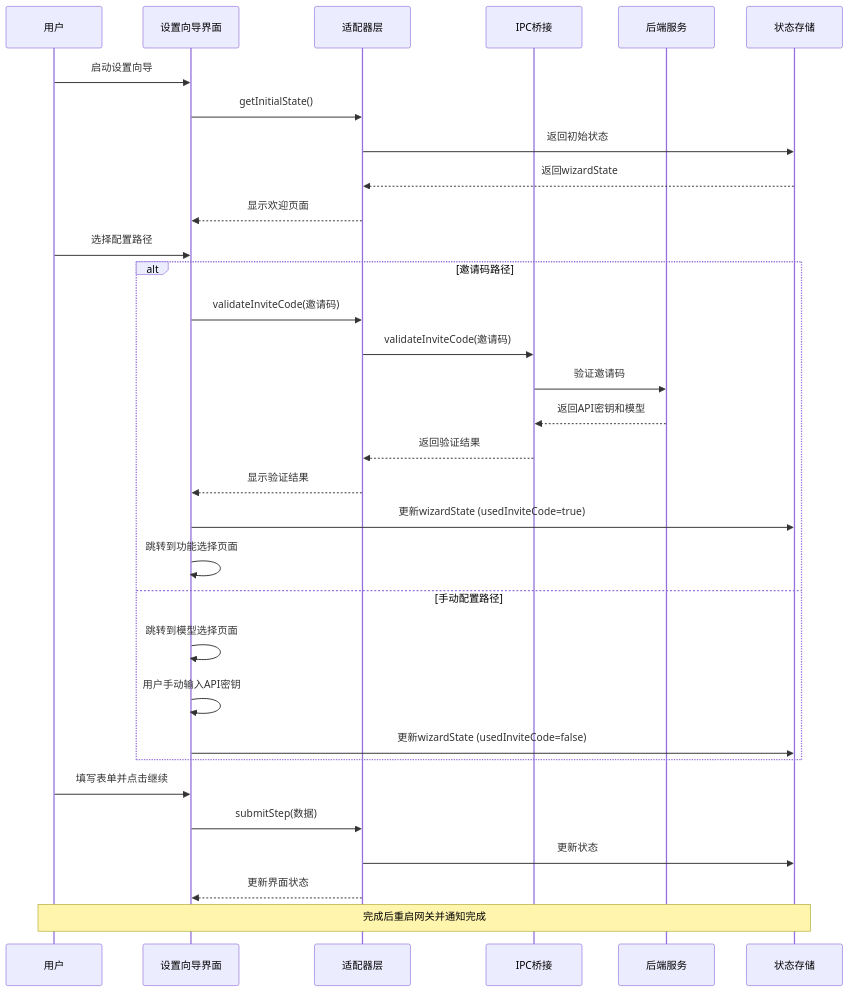
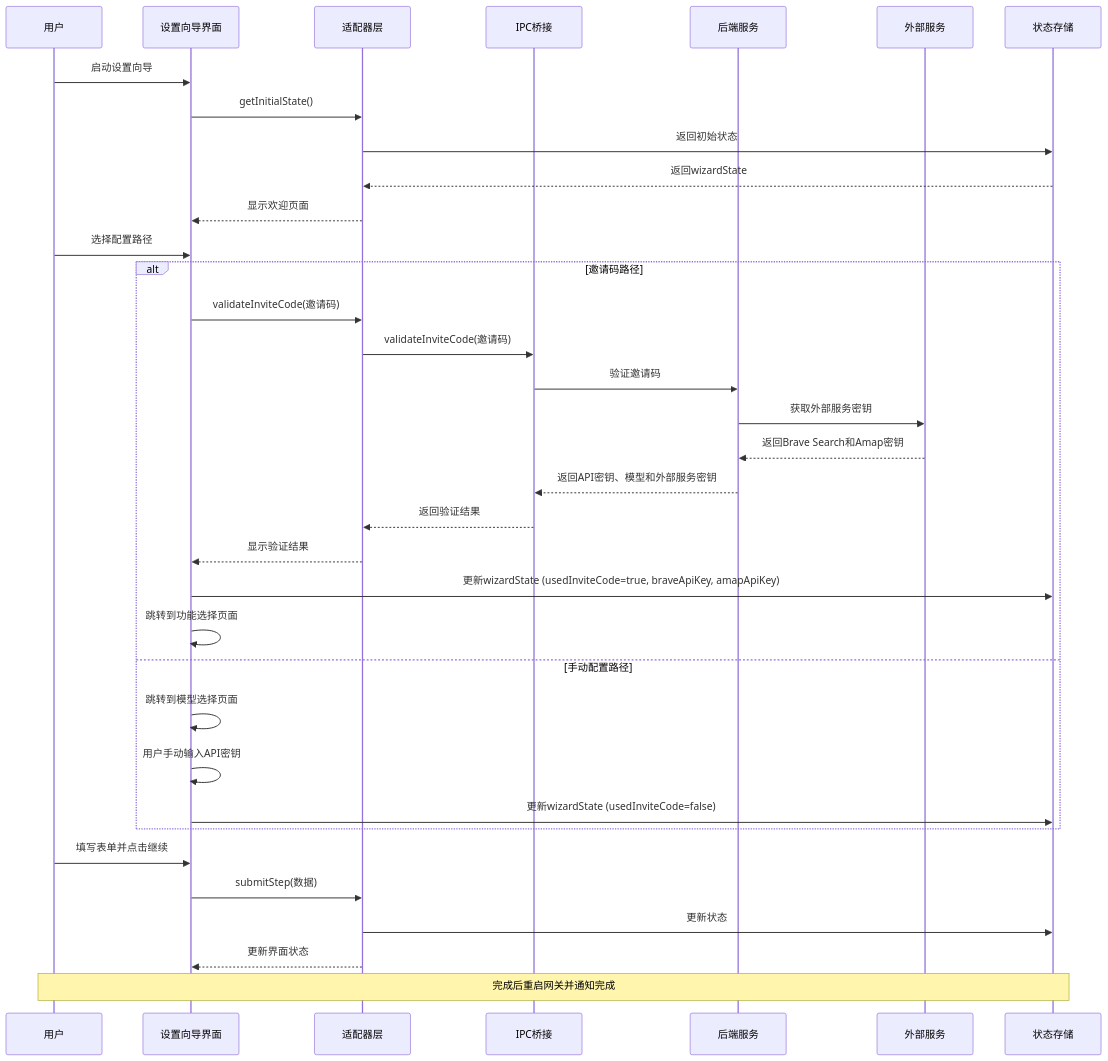
The third of 15 diagrams in .qoder/repowiki/zh/content/开发者指南/设置向导系统.md (verse-ai-org/openclaw), drawn with Mermaid before and after one commit. The commit also changed other lines of this file and 7 other files, not shown here.

````diff
--- a/.qoder/repowiki/zh/content/开发者指南/设置向导系统.md
+++ b/.qoder/repowiki/zh/content/开发者指南/设置向导系统.md
@@ -256,34 +289,37 @@
 ```mermaid
 sequenceDiagram
 participant User as 用户
 participant UI as 设置向导界面
 participant Adapter as 适配器层
 participant IPC as IPC桥接
 participant Backend as 后端服务
+participant ExternalServices as 外部服务
 participant Store as 状态存储
 User->>UI : 启动设置向导
 UI->>Adapter : getInitialState()
 Adapter->>Store : 返回初始状态
 Store-->>Adapter : 返回wizardState
 Adapter-->>UI : 显示欢迎页面
 User->>UI : 选择配置路径
 alt 邀请码路径
 UI->>Adapter : validateInviteCode(邀请码)
 Adapter->>IPC : validateInviteCode(邀请码)
 IPC->>Backend : 验证邀请码
-Backend-->>IPC : 返回API密钥和模型
+Backend->>ExternalServices : 获取外部服务密钥
+ExternalServices-->>Backend : 返回Brave Search和Amap密钥
+Backend-->>IPC : 返回API密钥、模型和外部服务密钥
 IPC-->>Adapter : 返回验证结果
 Adapter-->>UI : 显示验证结果
-UI->>Store : 更新wizardState (usedInviteCode=true)
+UI->>Store : 更新wizardState (usedInviteCode=true, braveApiKey, amapApiKey)
 UI->>UI : 跳转到功能选择页面
 else 手动配置路径
 UI->>UI : 跳转到模型选择页面
 UI->>UI : 用户手动输入API密钥
 UI->>Store : 更新wizardState (usedInviteCode=false)
 end
 User->>UI : 填写表单并点击继续
 UI->>Adapter : submitStep(数据)
 Adapter->>Store : 更新状态
 Adapter-->>UI : 更新界面状态
 Note over User,Store : 完成后重启网关并通知完成
 ```
````
